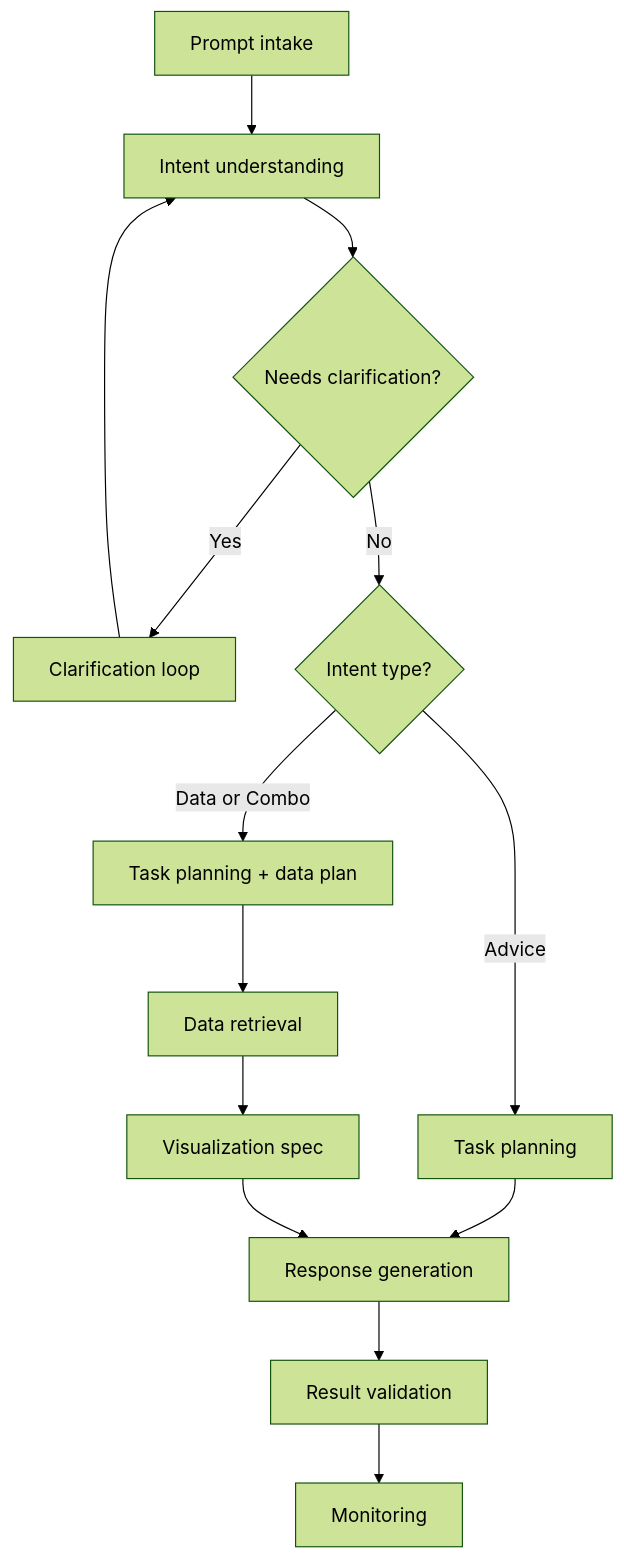
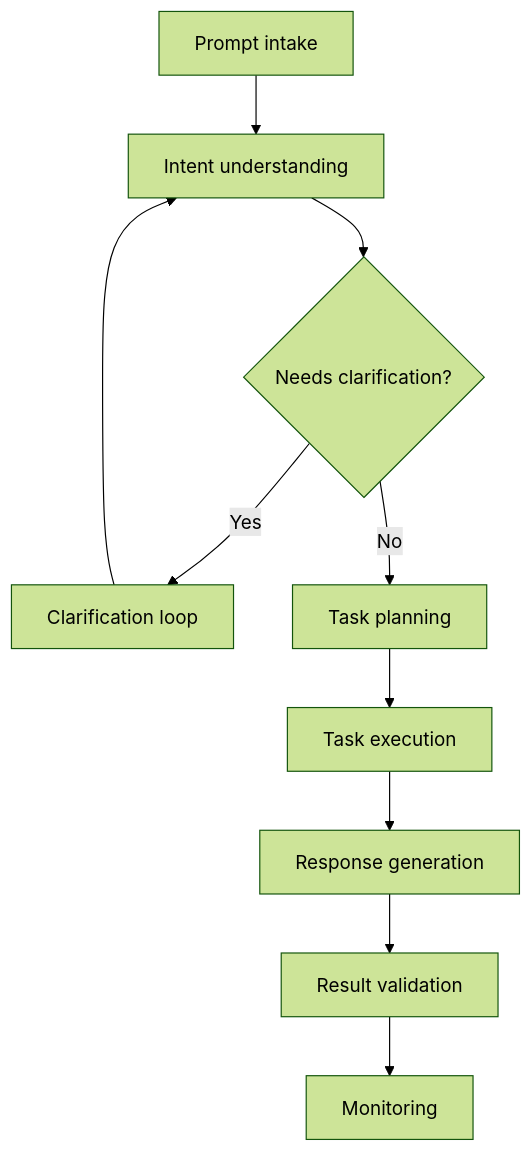
One commit to benjyongzh/llm-data-analyst changed the third of 4 diagrams in README.md. Above: the diagram before and after it, drawn with Mermaid (forest theme). The commit also changed other lines of this file and 1 other file, not shown here.

Commit message:
refactor: add text generation step and refine data retrieval

````diff
--- a/README.md
+++ b/README.md
@@ -208,16 +209,12 @@
 ```mermaid
 flowchart TD
     A[Prompt intake] --> B[Intent understanding]
     B --> C{Needs clarification?}
     C -->|Yes| D[Clarification loop]
     D --> B
-    C -->|No| E{Intent type?}
-    E -->|Advice| F[Task planning]
-    E -->|Data or Combo| G[Task planning + data plan]
-    F --> H[Response generation]
-    G --> I[Data retrieval]
-    I --> J[Visualization spec]
-    J --> H
-    H --> K[Result validation]
-    K --> L[Monitoring]
+    C -->|No| E[Task planning]
+    E --> F[Task execution]
+    F --> G[Response generation]
+    G --> H[Result validation]
+    H --> I[Monitoring]
 ```
````
